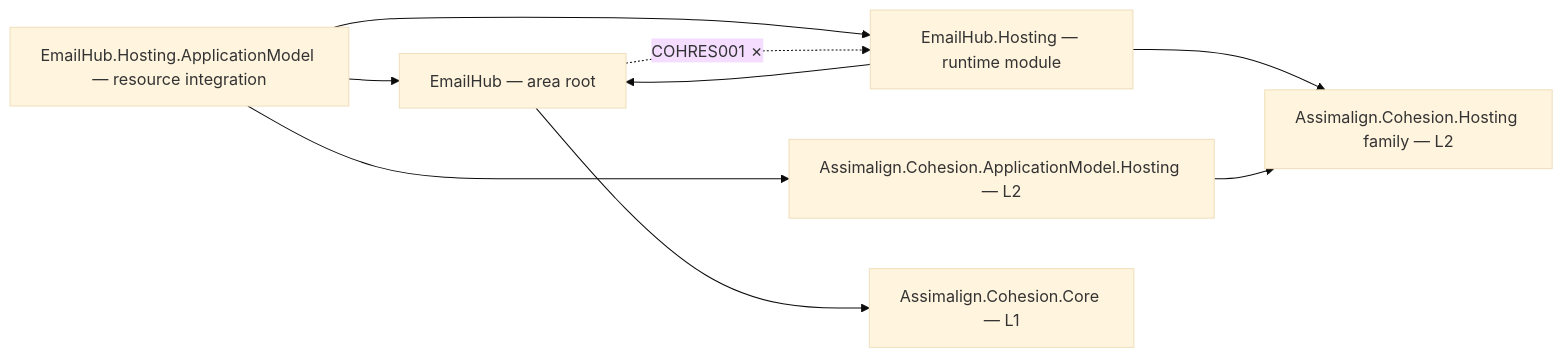
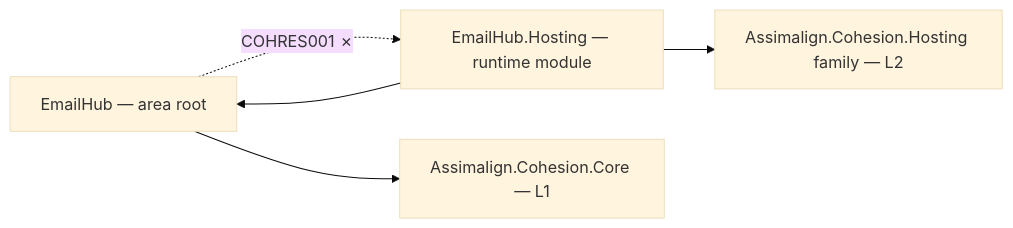
Before and after one commit to assimalign/cohesion: the diagram in resources/EmailHub/README.md, drawn with Mermaid (base theme). The commit also changed other lines of this file and 141 other files, not shown here.

First line of the commit message:
docs(application-model): remove the old model from rules and docs

````diff
--- a/resources/EmailHub/README.md
+++ b/resources/EmailHub/README.md
@@ -12,17 +12,11 @@
 ```mermaid
 flowchart LR
     P0["EmailHub — area root"]
     P2["EmailHub.Hosting — runtime module"]
-    P3["EmailHub.Hosting.ApplicationModel — resource integration"]
-    AMH["Assimalign.Cohesion.ApplicationModel.Hosting — L2"]
     CORE["Assimalign.Cohesion.Core — L1"]
     HOSTFAM["Assimalign.Cohesion.Hosting family — L2"]
     P0 --> CORE
     P2 --> P0
     P2 --> HOSTFAM
-    P3 --> P2
-    P3 --> P0
-    P3 --> AMH
-    AMH --> HOSTFAM
     P0 -.->|"COHRES001 ✗"| P2
 ```
````
